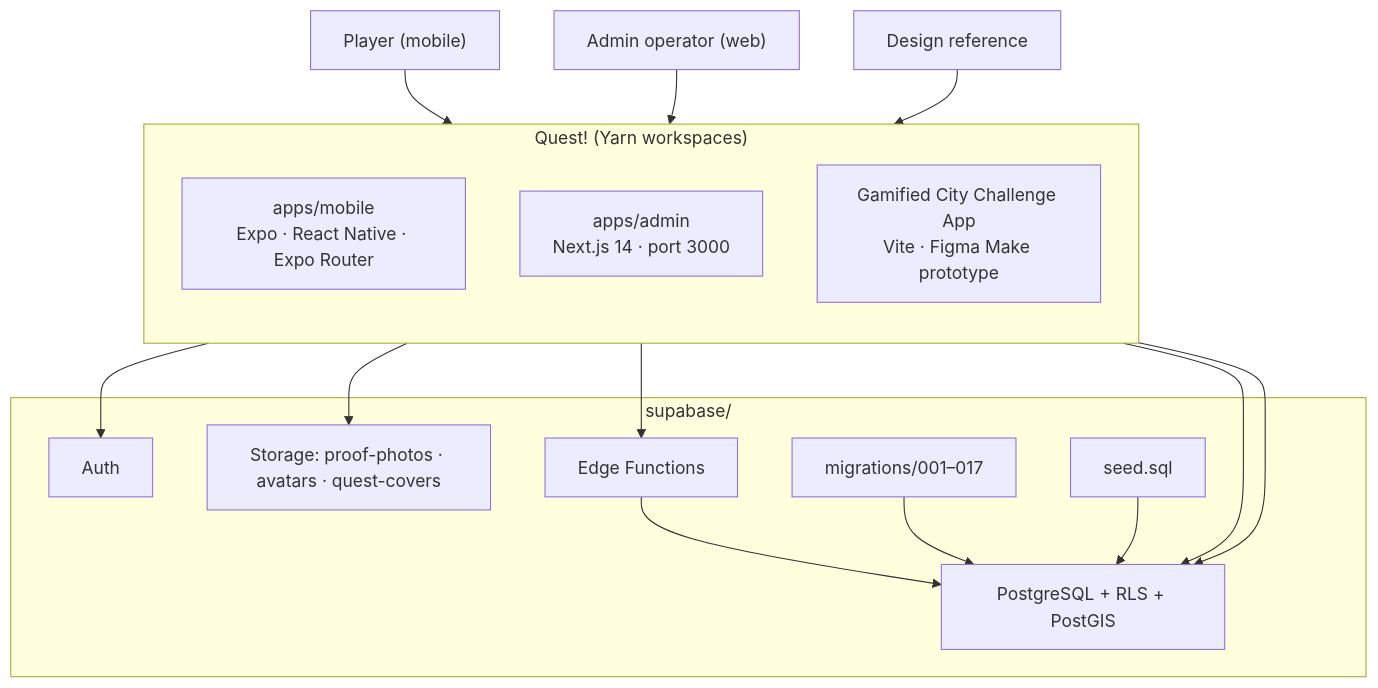
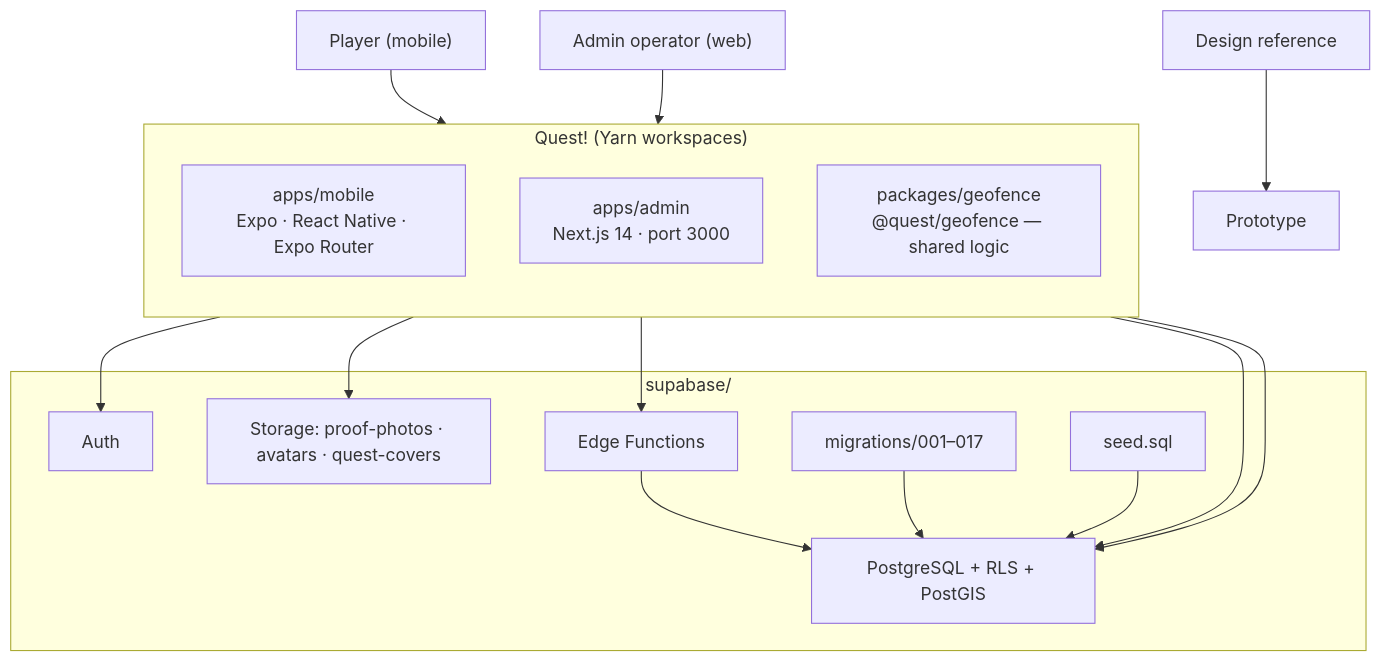
The first of 6 diagrams in ARCHITECTURE.md (Rahilyw/Quest), drawn with Mermaid before and after one commit. The commit also changed other lines of this file and 20 other files, not shown here.

````diff
--- a/ARCHITECTURE.md
+++ b/ARCHITECTURE.md
@@ -7,32 +7,32 @@
 ```mermaid
 flowchart TB
     subgraph Monorepo["Quest! (Yarn workspaces)"]
         direction TB
         Mobile["apps/mobile<br/>Expo · React Native · Expo Router"]
         Admin["apps/admin<br/>Next.js 14 · port 3000"]
-        Prototype["Gamified City Challenge App<br/>Vite · Figma Make prototype"]
+        Geofence["packages/geofence<br/>@quest/geofence — shared logic"]
     end
 
     subgraph Supabase["supabase/"]
         Auth["Auth"]
         DB["PostgreSQL + RLS + PostGIS"]
         Storage["Storage: proof-photos · avatars · quest-covers"]
         Edge["Edge Functions"]
         Migrations["migrations/001–017"]
         Seed["seed.sql"]
     end
 
     Player["Player (mobile)"] --> Mobile
     Operator["Admin operator (web)"] --> Admin
     Designer["Design reference"] --> Prototype
 
     Mobile --> Auth
     Mobile --> DB
     Mobile --> Storage
     Admin --> DB
     Admin --> Edge
 
     Edge --> DB
     Migrations --> DB
     Seed --> DB
 ```
````
